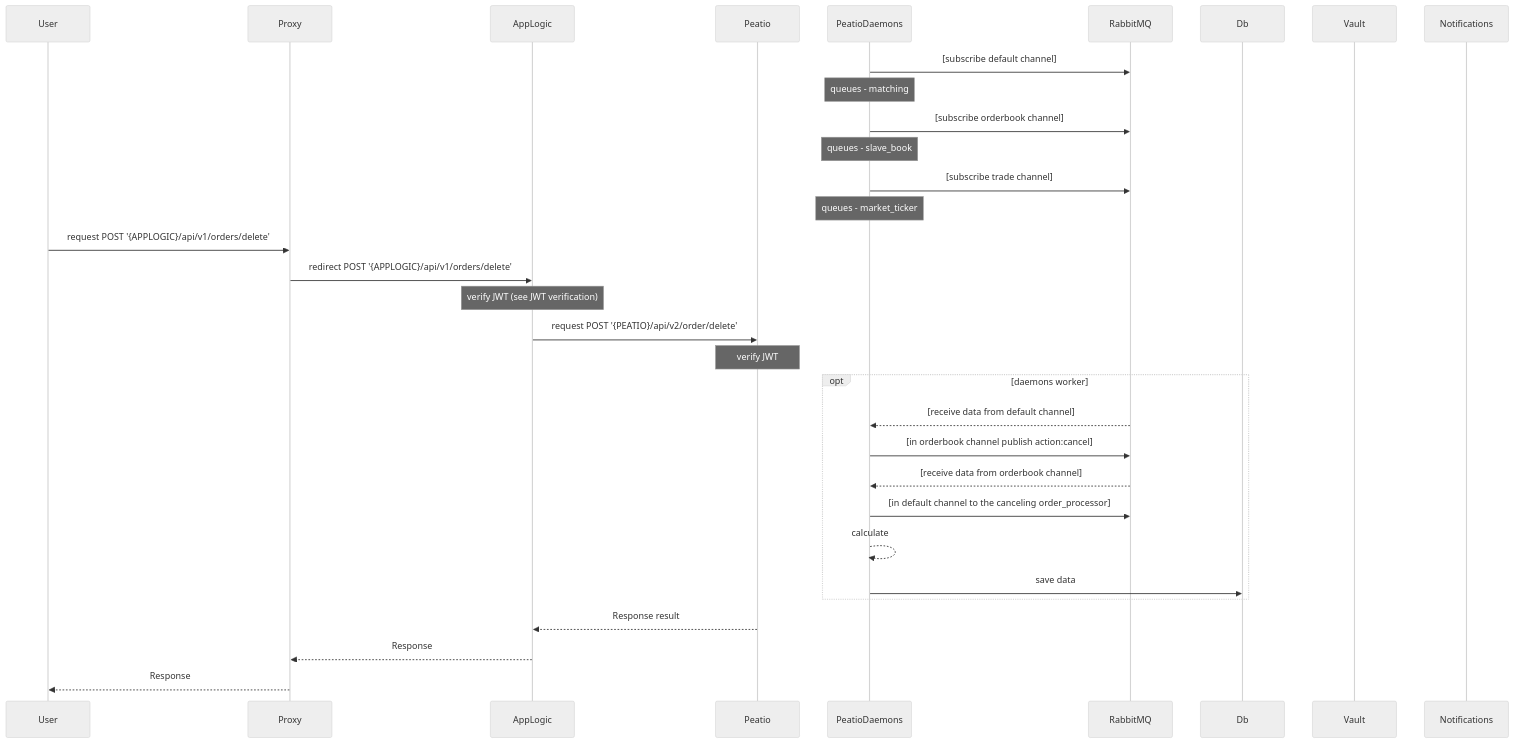
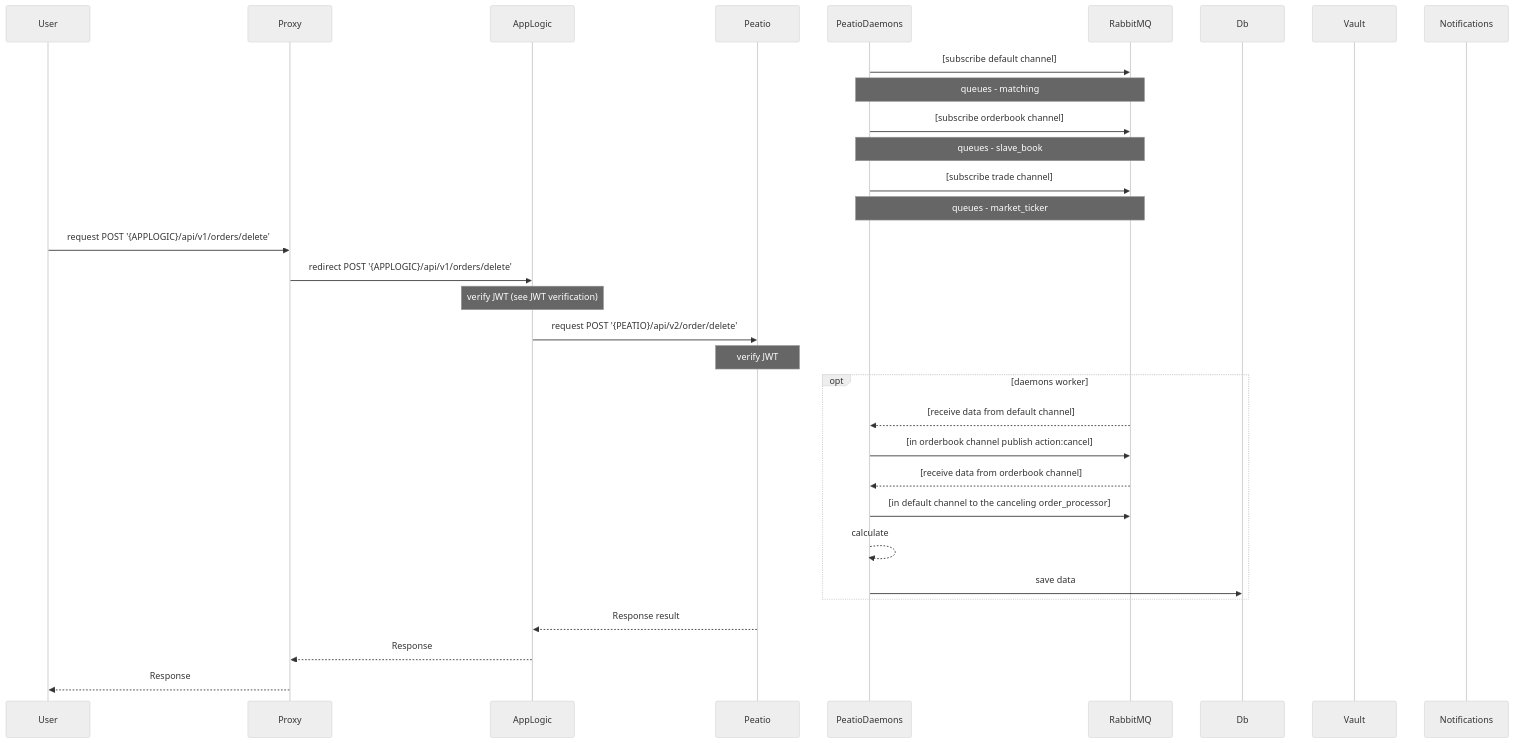
The eighth of 31 diagrams in README.md (sergii-savchenko/rkcp_arch), drawn with Mermaid (neutral theme) before and after one commit. The commit also changed other lines of this file and 2 other files, not shown here.

````diff
--- a/README.md
+++ b/README.md
@@ -302,38 +302,38 @@
 ```mermaid
 sequenceDiagram
     participant User
     participant Proxy
     participant AppLogic
     participant Peatio
     participant PeatioDaemons
     participant RabbitMQ
     participant Db
     participant Vault
     participant Notifications
 
     PeatioDaemons->>RabbitMQ: [subscribe default channel]
-    Note over PeatioDaemons: queues - matching
+    Note over PeatioDaemons,RabbitMQ: queues - matching
     PeatioDaemons->>RabbitMQ: [subscribe orderbook channel]
-    Note over PeatioDaemons: queues - slave_book
+    Note over PeatioDaemons,RabbitMQ: queues - slave_book
     PeatioDaemons->>RabbitMQ: [subscribe trade channel]
-    Note over PeatioDaemons: queues - market_ticker
+    Note over PeatioDaemons,RabbitMQ: queues - market_ticker
 
     User->>Proxy: request POST '{APPLOGIC}/api/v1/orders/delete'
     Proxy->>AppLogic: redirect POST '{APPLOGIC}/api/v1/orders/delete'
     Note over AppLogic: verify JWT (see JWT verification)
     AppLogic->>Peatio: request POST '{PEATIO}/api/v2/order/delete'
     Note over Peatio: verify JWT
     opt daemons worker
         RabbitMQ-->>PeatioDaemons: [receive data from default channel]
         PeatioDaemons->>RabbitMQ: [in orderbook channel publish action:cancel]
         RabbitMQ-->>PeatioDaemons: [receive data from orderbook channel]
         PeatioDaemons->>RabbitMQ: [in default channel to the canceling order_processor]
         PeatioDaemons-->>PeatioDaemons: calculate
         PeatioDaemons->>Db: save data
     end
 
     Peatio-->>AppLogic: Response result
 
     AppLogic-->>Proxy: Response
     Proxy-->>User: Response
 ```
````
